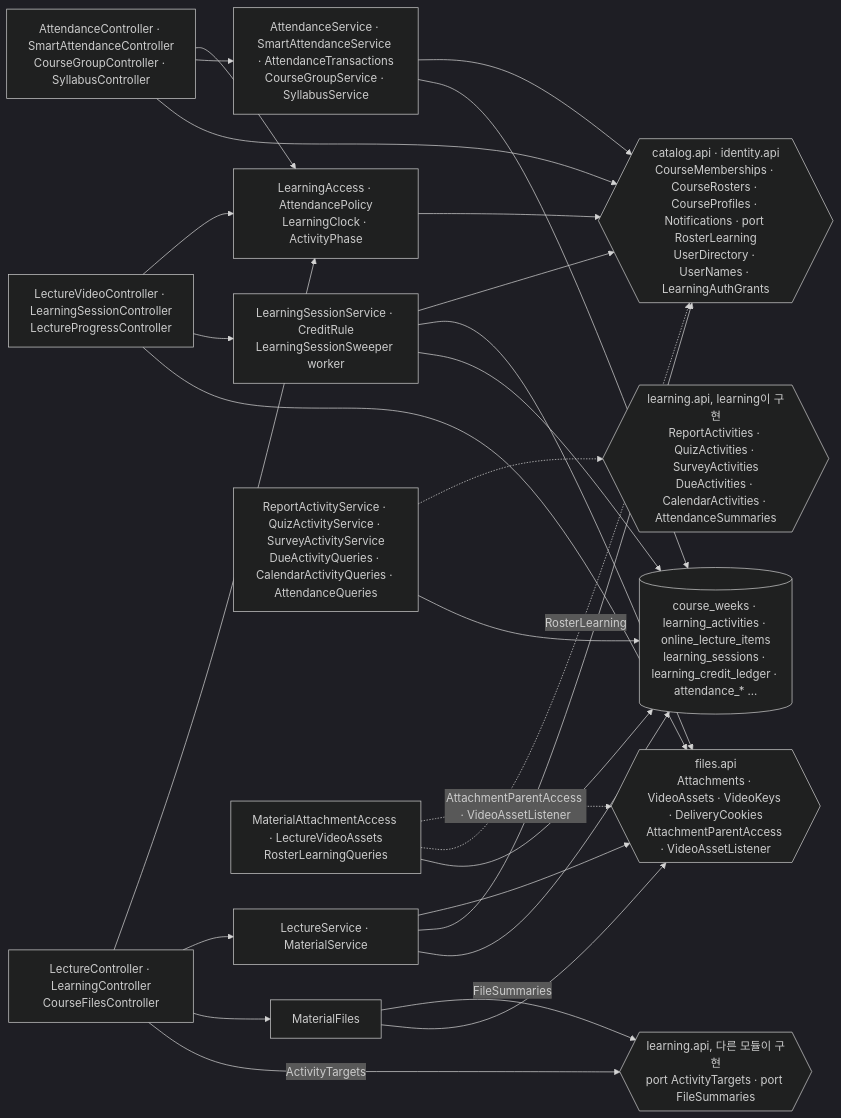
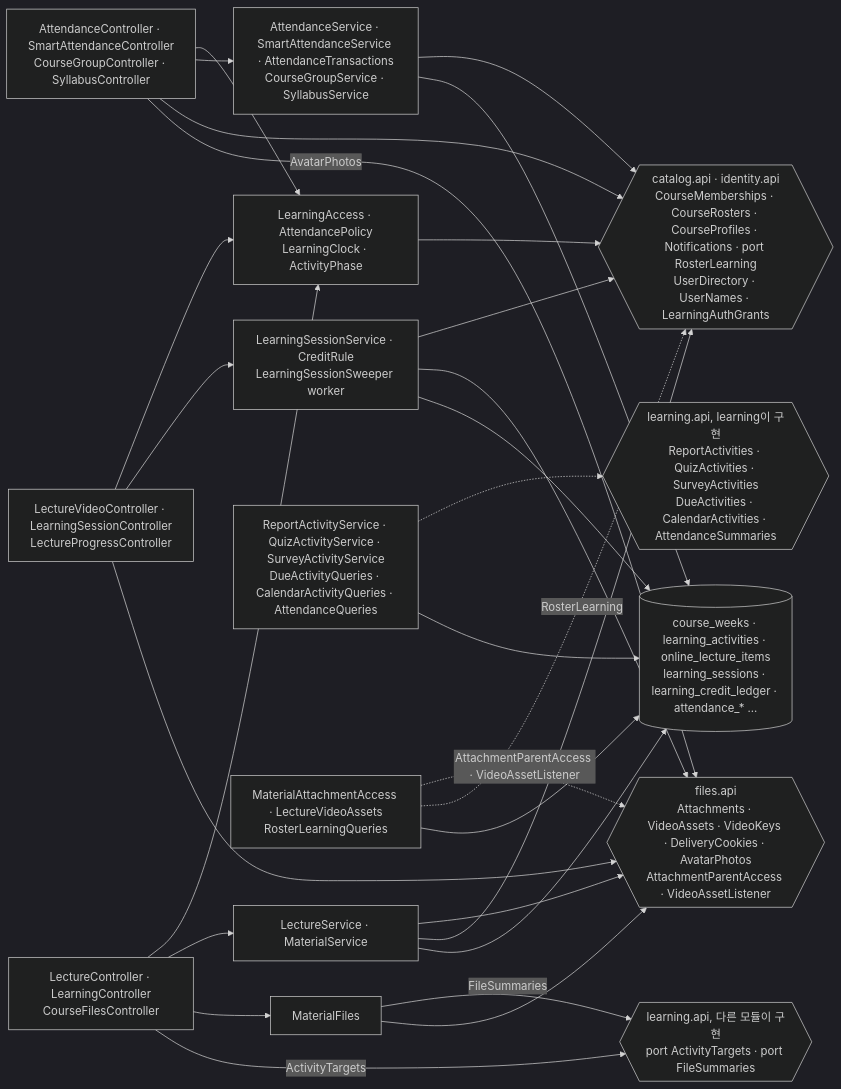
The eighth of 18 diagrams in backend/docs/c4.md (2026ENDPoinT/team13), drawn with Mermaid (dark theme) before and after one commit. The commit also changed other lines of this file and 23 other files, not shown here.

````diff
--- a/backend/docs/c4.md
+++ b/backend/docs/c4.md
@@ -320,33 +320,34 @@
 ```mermaid
 flowchart LR
   C1["LectureController · LearningController<br/>CourseFilesController"]
   C2["LectureVideoController · LearningSessionController<br/>LectureProgressController"]
   C3["AttendanceController · SmartAttendanceController<br/>CourseGroupController · SyllabusController"]
   ACC["LearningAccess · AttendancePolicy<br/>LearningClock · ActivityPhase"]
   MF["MaterialFiles"]
   S1["LectureService · MaterialService"]
   S2["LearningSessionService · CreditRule<br/>LearningSessionSweeper worker"]
   S3["AttendanceService · SmartAttendanceService · AttendanceTransactions<br/>CourseGroupService · SyllabusService"]
   IMPL["ReportActivityService · QuizActivityService · SurveyActivityService<br/>DueActivityQueries · CalendarActivityQueries · AttendanceQueries"]
   PIMPL["MaterialAttachmentAccess · LectureVideoAssets<br/>RosterLearningQueries"]
   API{{"learning.api, learning이 구현<br/>ReportActivities · QuizActivities · SurveyActivities<br/>DueActivities · CalendarActivities · AttendanceSummaries"}}
   PORT{{"learning.api, 다른 모듈이 구현<br/>port ActivityTargets · port FileSummaries"}}
-  FAPI{{"files.api<br/>Attachments · VideoAssets · VideoKeys · DeliveryCookies<br/>AttachmentParentAccess · VideoAssetListener"}}
+  FAPI{{"files.api<br/>Attachments · VideoAssets · VideoKeys · DeliveryCookies · AvatarPhotos<br/>AttachmentParentAccess · VideoAssetListener"}}
   OAPI{{"catalog.api · identity.api<br/>CourseMemberships · CourseRosters · CourseProfiles · Notifications · port RosterLearning<br/>UserDirectory · UserNames · LearningAuthGrants"}}
   DB[("course_weeks · learning_activities · online_lecture_items<br/>learning_sessions · learning_credit_ledger · attendance_* ...")]
   C1 --> ACC & S1 & MF
   C1 -->|"ActivityTargets"| PORT
   MF -->|"FileSummaries"| PORT
   MF --> FAPI
   C2 --> ACC & S2
   C3 --> ACC & S3
   C3 --> OAPI
+  C3 -->|"AvatarPhotos"| FAPI
   ACC --> OAPI
   S1 & C2 --> FAPI
   S1 & S2 & S3 --> OAPI
   S2 --> FAPI
   IMPL -.-> API
   PIMPL -.->|"AttachmentParentAccess · VideoAssetListener"| FAPI
   PIMPL -.->|"RosterLearning"| OAPI
   S1 & S2 & S3 & IMPL & PIMPL --> DB
 ```
````
